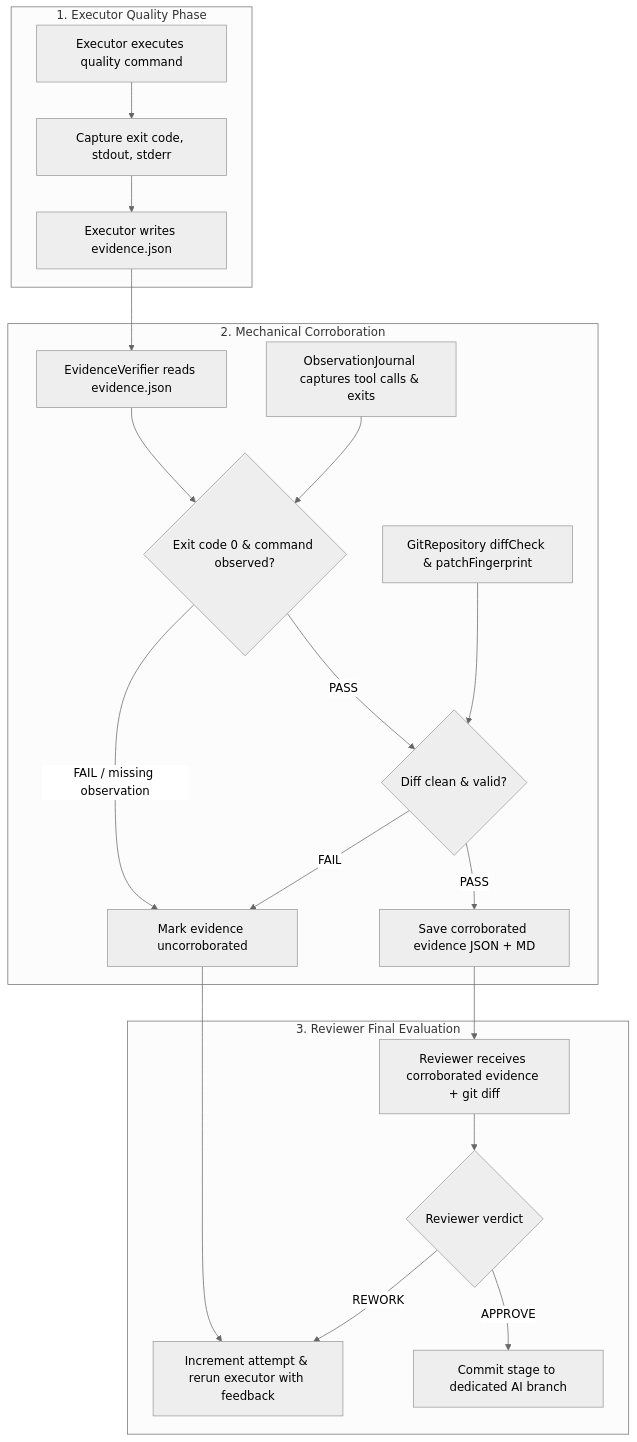
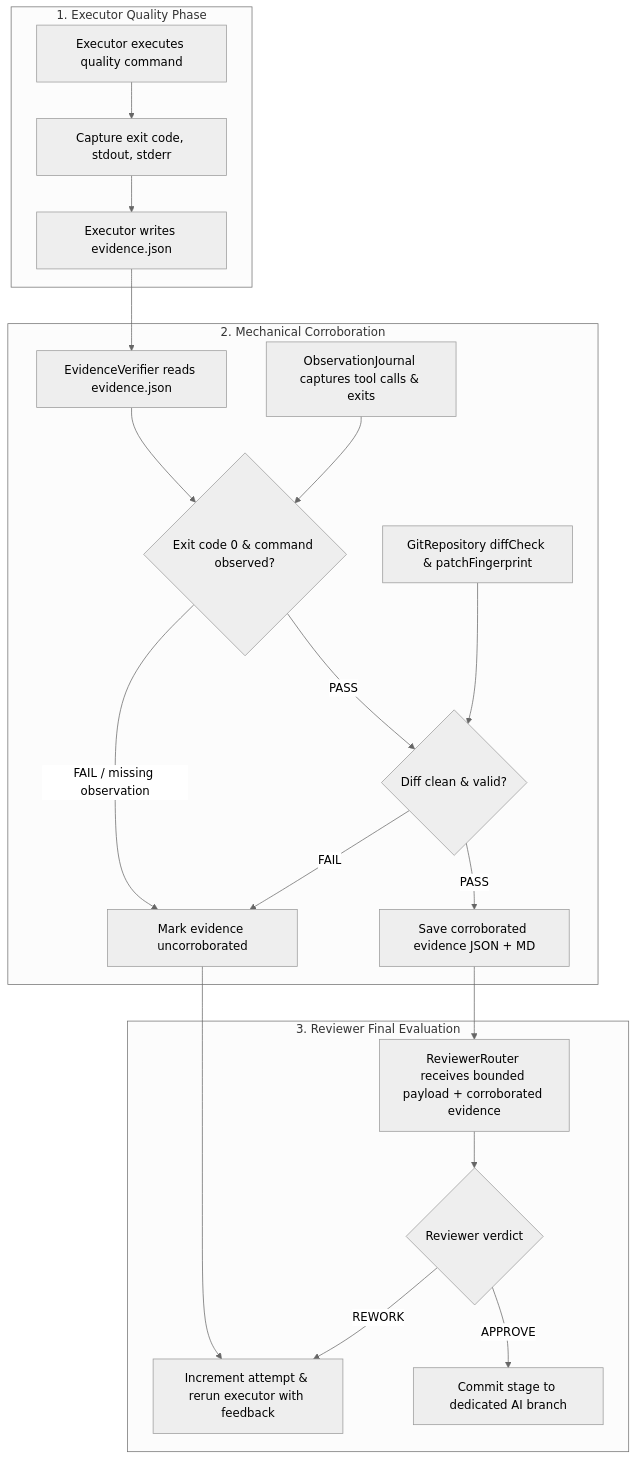
Before and after one commit to blackandcode/ai-universal-coding-harness: the third of 3 diagrams in docs/execution-flow.md, drawn with Mermaid (neutral theme). The commit also changed other lines of this file and 94 other files, not shown here.

````diff
--- a/docs/execution-flow.md
+++ b/docs/execution-flow.md
@@ -62,26 +86,26 @@
 ```mermaid
 flowchart TD
   subgraph ExecutorRun [1. Executor Quality Phase]
     ExecCmd[Executor executes quality command] --> Out[Capture exit code, stdout, stderr]
     Out --> WriteEvidence[Executor writes evidence.json]
   end
 
   subgraph MechanicalVerification [2. Mechanical Corroboration]
     WriteEvidence --> ReadEv[EvidenceVerifier reads evidence.json]
     ObsJournal[ObservationJournal captures tool calls & exits] --> MatchObs{Exit code 0 & command observed?}
     ReadEv --> MatchObs
     GitRepo[GitRepository diffCheck & patchFingerprint] --> MatchDiff{Diff clean & valid?}
     MatchObs -->|PASS| MatchDiff
     MatchObs -->|FAIL / missing observation| RejectEv[Mark evidence uncorroborated]
     MatchDiff -->|PASS| Corroborated[Save corroborated evidence JSON + MD]
     MatchDiff -->|FAIL| RejectEv
   end
 
   subgraph ReviewerEvaluation [3. Reviewer Final Evaluation]
-    Corroborated --> RevPrompt[Reviewer receives corroborated evidence + git diff]
+    Corroborated --> RevPrompt[ReviewerRouter receives bounded payload + corroborated evidence]
     RevPrompt --> Verdict{Reviewer verdict}
     Verdict -->|APPROVE| CommitStage[Commit stage to dedicated AI branch]
     Verdict -->|REWORK| NextAttempt[Increment attempt & rerun executor with feedback]
     RejectEv --> NextAttempt
   end
 ```
````
